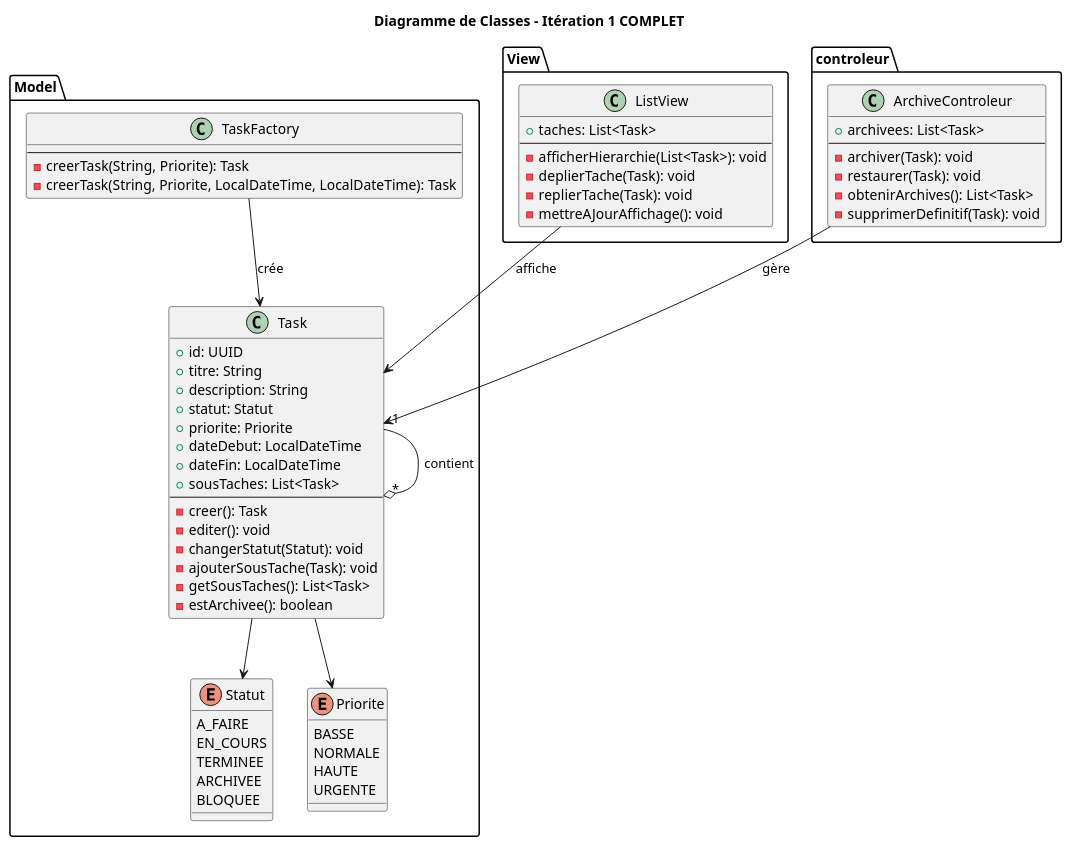
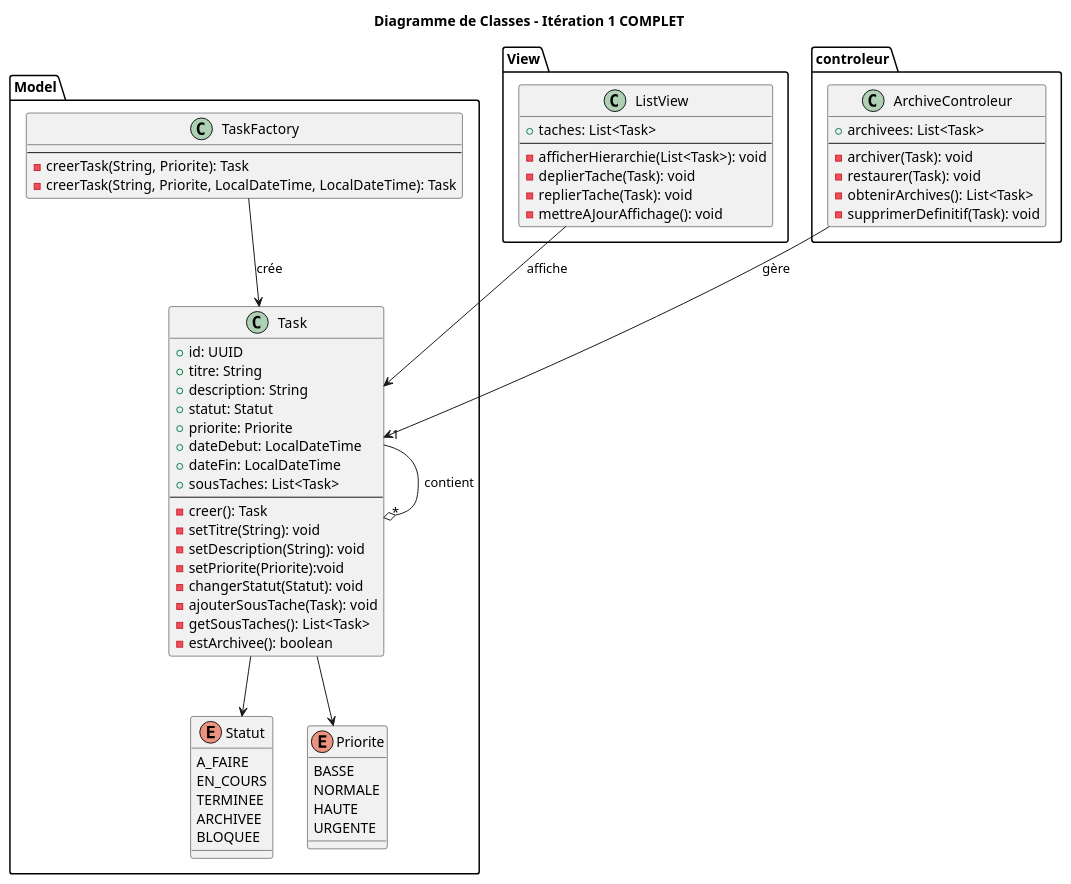
The diagram in Document/Iteration_1/DiagrammeClasse.puml (LeVraiKenan/SAE_3_01), drawn with PlantUML before and after one commit.

Commit message:
Modification par des setters

```diff
--- a/Document/Iteration_1/DiagrammeClasse.puml
+++ b/Document/Iteration_1/DiagrammeClasse.puml
@@ -1,79 +1,81 @@
 @startuml
 Title Diagramme de Classes - Itération 1 COMPLET
 
 package "Model" {
 
     enum Statut {
         A_FAIRE
         EN_COURS
         TERMINEE
         ARCHIVEE
         BLOQUEE
     }
 
     enum Priorite {
         BASSE
         NORMALE
         HAUTE
         URGENTE
     }
 
     class Task {
         + id: UUID
         + titre: String
         + description: String
         + statut: Statut
         + priorite: Priorite
         + dateDebut: LocalDateTime
         + dateFin: LocalDateTime
         + sousTaches: List<Task>
         --
         - creer(): Task
-        - editer(): void
+        - setTitre(String): void
+        - setDescription(String): void
+        - setPriorite(Priorite):void
         - changerStatut(Statut): void
         - ajouterSousTache(Task): void
         - getSousTaches(): List<Task>
         - estArchivee(): boolean
     }
 
     class TaskFactory {
         --
         - creerTask(String, Priorite): Task
         - creerTask(String, Priorite, LocalDateTime, LocalDateTime): Task
     }
 
     Task "1" --o "*" Task : contient
     Task --> Statut
     Task --> Priorite
     TaskFactory --> Task : crée
 }
 
 package "View" {
 
     class ListView {
         + taches: List<Task>
         --
         - afficherHierarchie(List<Task>): void
         - deplierTache(Task): void
         - replierTache(Task): void
         - mettreAJourAffichage(): void
     }
 
     ListView --> Task : affiche
 }
 
 package "controleur" {
 
     class ArchiveControleur {
         + archivees: List<Task>
         --
         - archiver(Task): void
         - restaurer(Task): void
         - obtenirArchives(): List<Task>
         - supprimerDefinitif(Task): void
     }
 
     ArchiveControleur --> Task : gère
 }
 
 @enduml
```
